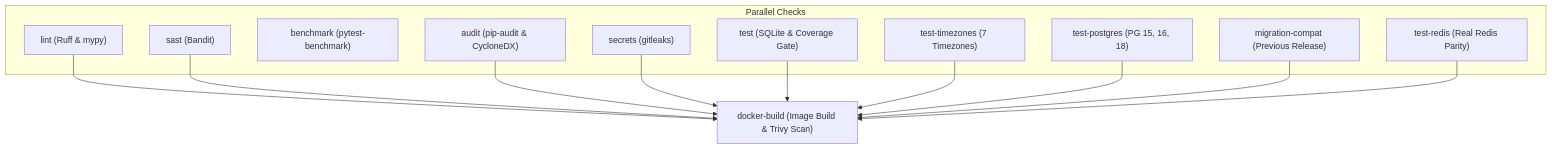
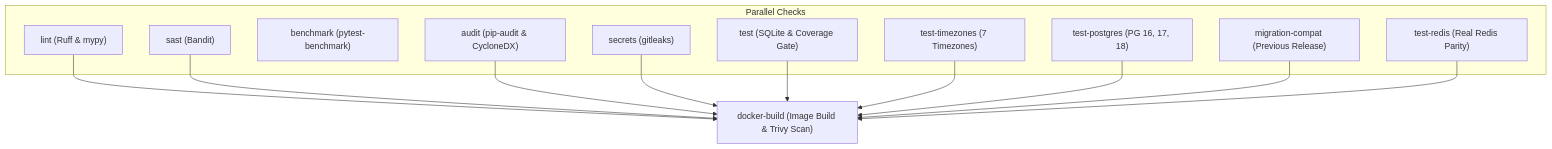
One commit to nadeko0/fastapi_e-commerce_backend changed the second of 2 diagrams in docs/TESTING.md. Above: the diagram before and after it, drawn with Mermaid. The commit also changed other lines of this file and 5 other files, not shown here.

````diff
--- a/docs/TESTING.md
+++ b/docs/TESTING.md
@@ -25,24 +25,24 @@
 ```mermaid
 flowchart TD
     subgraph Parallel Checks
         lint["lint (Ruff & mypy)"]
         sast["sast (Bandit)"]
         benchmark["benchmark (pytest-benchmark)"]
         audit["audit (pip-audit & CycloneDX)"]
         secrets["secrets (gitleaks)"]
         test["test (SQLite & Coverage Gate)"]
         test_tz["test-timezones (7 Timezones)"]
-        test_pg["test-postgres (PG 15, 16, 18)"]
+        test_pg["test-postgres (PG 16, 17, 18)"]
         migration_compat["migration-compat (Previous Release)"]
         test_redis["test-redis (Real Redis Parity)"]
     end
     lint --> docker_build["docker-build (Image Build & Trivy Scan)"]
     sast --> docker_build
     audit --> docker_build
     secrets --> docker_build
     test --> docker_build
     test_tz --> docker_build
     test_pg --> docker_build
     migration_compat --> docker_build
     test_redis --> docker_build
 ```
````
